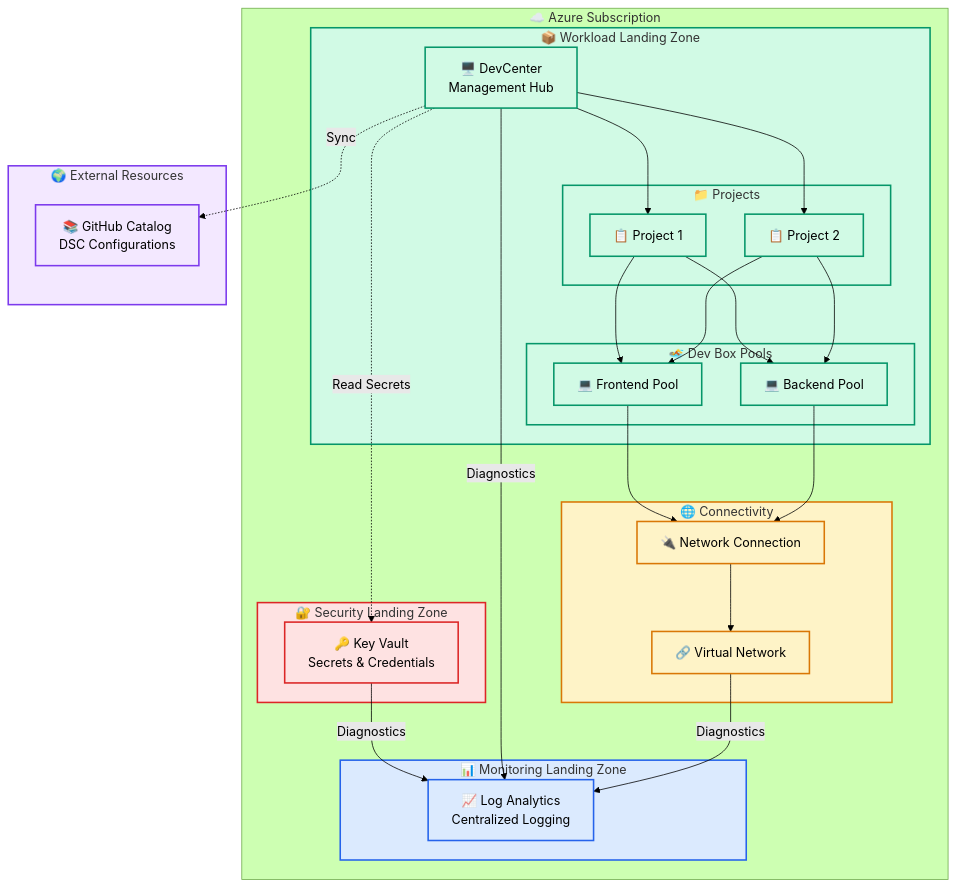
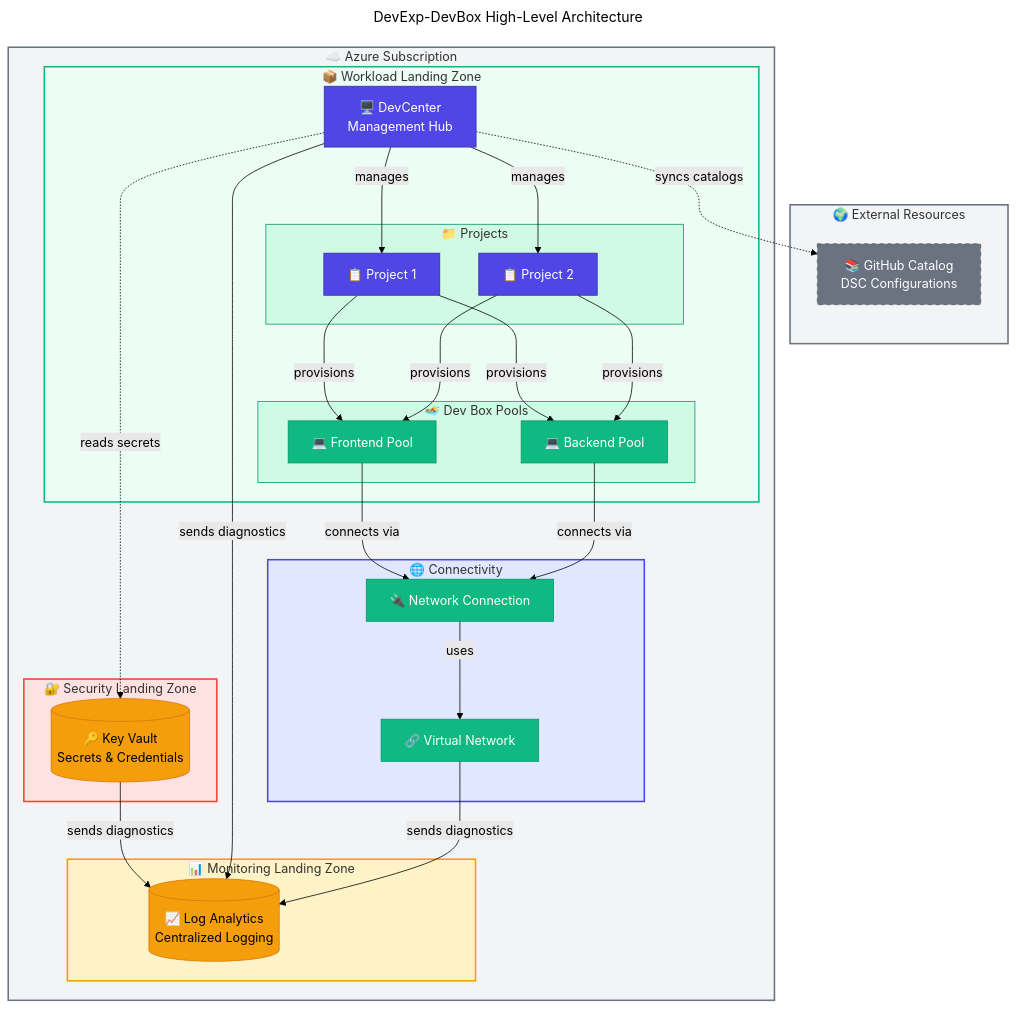
The first of 3 diagrams in README.md (Evilazaro/DevExp-DevBox), drawn with Mermaid (forest theme) before and after one commit. The commit also changed other lines of this file, not shown here.

Commit message:
docs: enhance architecture documentation with detailed flowcharts for high-level architecture, module dependencies, and CI/CD pipeline

````diff
--- a/README.md
+++ b/README.md
@@ -110,55 +110,76 @@
 ```mermaid
+---
+title: DevExp-DevBox High-Level Architecture
+---
 flowchart TB
+    %% ===== EXTERNAL RESOURCES =====
+    subgraph External["🌍 External Resources"]
+        GH["📚 GitHub Catalog<br/>DSC Configurations"]
+    end
+
+    %% ===== AZURE SUBSCRIPTION =====
     subgraph SUB["☁️ Azure Subscription"]
+        %% ===== SECURITY LANDING ZONE =====
         subgraph Security["🔐 Security Landing Zone"]
-            KV["🔑 Key Vault<br/>Secrets & Credentials"]
+            KV[("🔑 Key Vault<br/>Secrets & Credentials")]
         end
         
+        %% ===== MONITORING LANDING ZONE =====
         subgraph Monitoring["📊 Monitoring Landing Zone"]
-            LA["📈 Log Analytics<br/>Centralized Logging"]
+            LA[("📈 Log Analytics<br/>Centralized Logging")]
         end
         
+        %% ===== WORKLOAD LANDING ZONE =====
         subgraph Workload["📦 Workload Landing Zone"]
             DC["🖥️ DevCenter<br/>Management Hub"]
             
             subgraph Projects["📁 Projects"]
                 P1["📋 Project 1"]
                 P2["📋 Project 2"]
             end
             
             subgraph Pools["🏊 Dev Box Pools"]
                 POOL1["💻 Frontend Pool"]
                 POOL2["💻 Backend Pool"]
             end
         end
         
+        %% ===== CONNECTIVITY =====
         subgraph Connectivity["🌐 Connectivity"]
             VNET["🔗 Virtual Network"]
             NC["🔌 Network Connection"]
         end
     end
     
-    subgraph External["🌍 External Resources"]
-        GH["📚 GitHub Catalog<br/>DSC Configurations"]
-    end
-    
-    DC --> P1 & P2
-    P1 & P2 --> POOL1 & POOL2
-    POOL1 & POOL2 --> NC
-    NC --> VNET
-    DC -.->|"Sync"| GH
-    DC -.->|"Read Secrets"| KV
-    KV & DC & VNET -->|"Diagnostics"| LA
-    
-    classDef security fill:#FEE2E2,stroke:#DC2626,stroke-width:2px
-    classDef monitoring fill:#DBEAFE,stroke:#2563EB,stroke-width:2px
-    classDef workload fill:#D1FAE5,stroke:#059669,stroke-width:2px
-    classDef connectivity fill:#FEF3C7,stroke:#D97706,stroke-width:2px
-    classDef external fill:#F3E8FF,stroke:#7C3AED,stroke-width:2px
-    
-    class Security,KV security
-    class Monitoring,LA monitoring
-    class Workload,DC,Projects,P1,P2,Pools,POOL1,POOL2 workload
-    class Connectivity,VNET,NC connectivity
-    class External,GH external
+    %% ===== CONNECTIONS =====
+    DC -->|"manages"| P1 & P2
+    P1 & P2 -->|"provisions"| POOL1 & POOL2
+    POOL1 & POOL2 -->|"connects via"| NC
+    NC -->|"uses"| VNET
+    DC -.->|"syncs catalogs"| GH
+    DC -.->|"reads secrets"| KV
+    KV & DC & VNET -->|"sends diagnostics"| LA
+
+    %% ===== NODE STYLES =====
+    classDef primary fill:#4F46E5,stroke:#3730A3,color:#FFFFFF
+    classDef secondary fill:#10B981,stroke:#059669,color:#FFFFFF
+    classDef datastore fill:#F59E0B,stroke:#D97706,color:#000000
+    classDef external fill:#6B7280,stroke:#4B5563,color:#FFFFFF,stroke-dasharray:5 5
+    classDef trigger fill:#818CF8,stroke:#4F46E5,color:#FFFFFF
+
+    %% ===== APPLY NODE CLASSES =====
+    class DC,P1,P2 primary
+    class POOL1,POOL2,VNET,NC secondary
+    class KV,LA datastore
+    class GH external
+
+    %% ===== SUBGRAPH STYLES =====
+    style SUB fill:#F3F4F6,stroke:#6B7280,stroke-width:2px
+    style Security fill:#FEE2E2,stroke:#F44336,stroke-width:2px
+    style Monitoring fill:#FEF3C7,stroke:#F59E0B,stroke-width:2px
+    style Workload fill:#ECFDF5,stroke:#10B981,stroke-width:2px
+    style Projects fill:#D1FAE5,stroke:#059669,stroke-width:1px
+    style Pools fill:#D1FAE5,stroke:#059669,stroke-width:1px
+    style Connectivity fill:#E0E7FF,stroke:#4F46E5,stroke-width:2px
+    style External fill:#F3F4F6,stroke:#6B7280,stroke-width:2px
 ```
````
